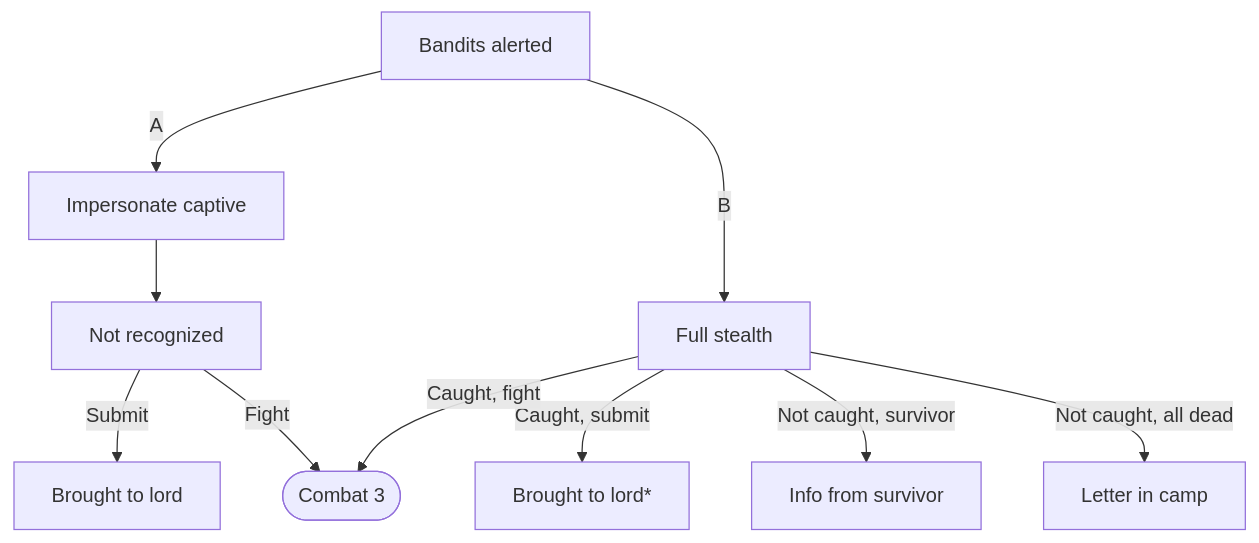
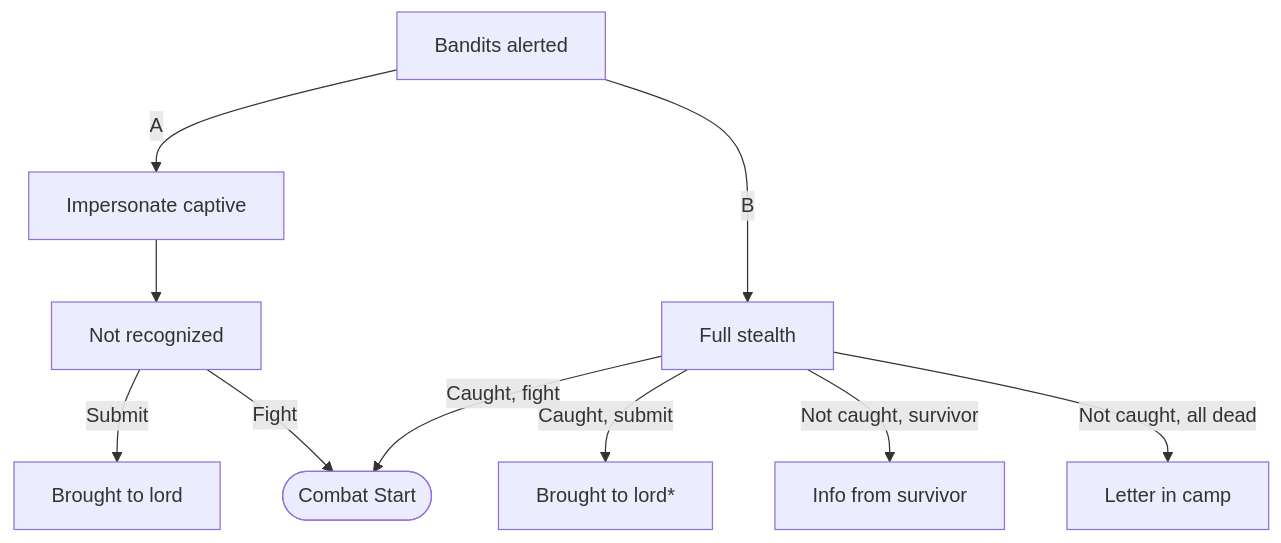
Before and after one commit to Kitick/Anthro: the ninth of 11 diagrams in Lore/Scenes/Intros/Elias.md, drawn with Mermaid. The commit also changed other lines of this file, not shown here.

Commit message:
collapsed combat 1 and 3 to one node

````diff
--- a/Lore/Scenes/Intros/Elias.md
+++ b/Lore/Scenes/Intros/Elias.md
@@ -202,14 +201,14 @@
 ```mermaid
 flowchart TD
     Scen3[Bandits alerted] -->|A| S3A[Impersonate captive]
     Scen3 -->|B| S3B[Full stealth]
 
     S3A --> S3A_Caught[Not recognized]
     S3A_Caught -->|Submit| S3A_Submit[Brought to lord]
-    S3A_Caught -->|Fight| Combat3([Combat 3])
+    S3A_Caught -->|Fight| CombatStart([Combat Start])
 
     S3B -->|Caught, submit| S3B_Submit[Brought to lord*]
-    S3B -->|Caught, fight| Combat3
+    S3B -->|Caught, fight| CombatStart
     S3B -->|Not caught, survivor| S3B_Survivor[Info from survivor]
     S3B -->|Not caught, all dead| S3B_Explore[Letter in camp]
 ```
````
